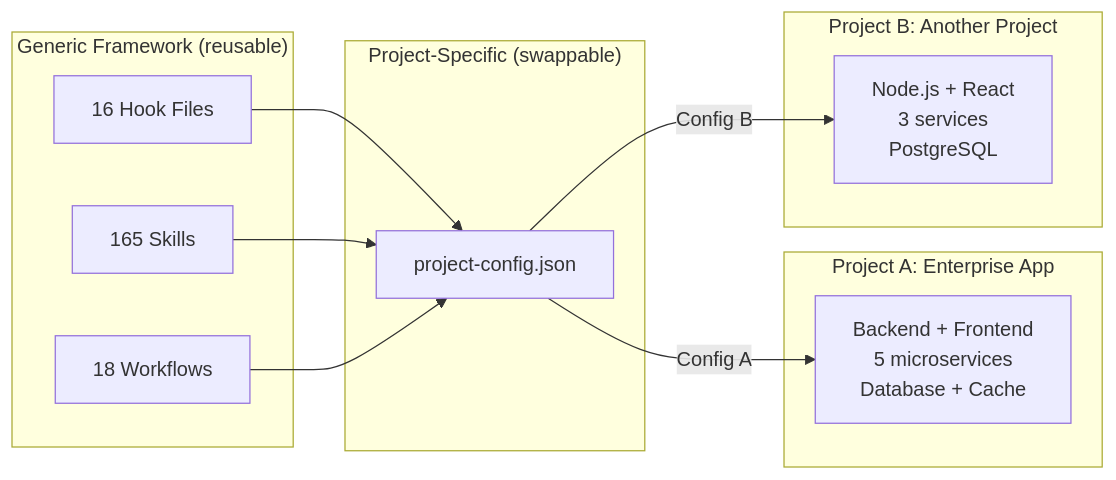
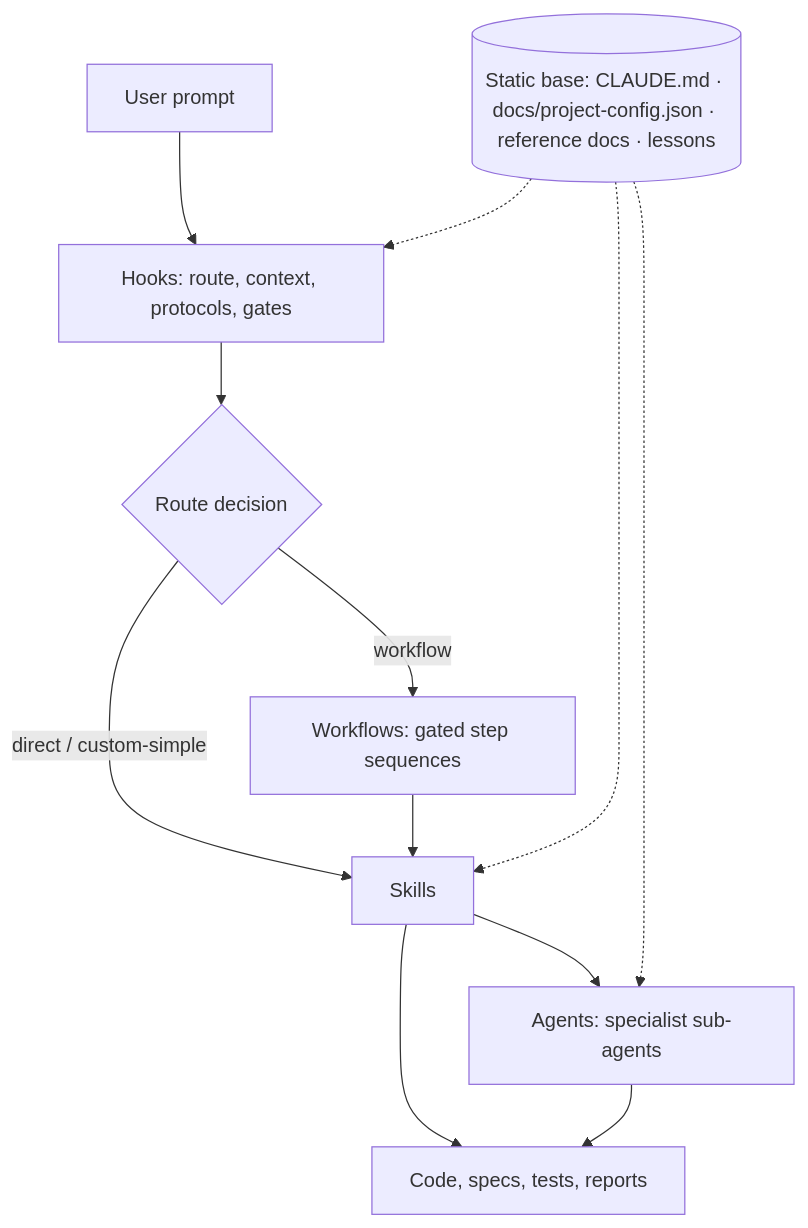
The diagram in .claude/docs/claude-ai-agent-framework-guide.md (duc01226/EasyPlatform), drawn with Mermaid before and after one commit. The commit also changed other lines of this file and 2892 other files, not shown here.

````diff
--- a/.claude/docs/claude-ai-agent-framework-guide.md
+++ b/.claude/docs/claude-ai-agent-framework-guide.md
@@ -879,24 +84,11 @@
 ```mermaid
-graph LR
-    subgraph "Generic Framework (reusable)"
-        H[16 Hook Files]
-        S[165 Skills]
-        W[18 Workflows]
-    end
-
-    subgraph "Project-Specific (swappable)"
-        PC[project-config.json]
-    end
-
-    subgraph "Project A: Enterprise App"
-        PA[Backend + Frontend<br/>5 microservices<br/>Database + Cache]
-    end
-
-    subgraph "Project B: Another Project"
-        PB[Node.js + React<br/>3 services<br/>PostgreSQL]
-    end
-
-    H & S & W --> PC
-    PC -->|Config A| PA
-    PC -->|Config B| PB
+flowchart TB
+  U[User prompt] --> H[Hooks: route, context, protocols, gates]
+  H --> R{Route decision}
+  R -->|direct / custom-simple| S[Skills]
+  R -->|workflow| W[Workflows: gated step sequences]
+  W --> S
+  S --> A[Agents: specialist sub-agents]
+  S & A --> O[Code, specs, tests, reports]
+  B[(Static base: CLAUDE.md · docs/project-config.json · reference docs · lessons)] -.-> H & S & A
 ```
````
